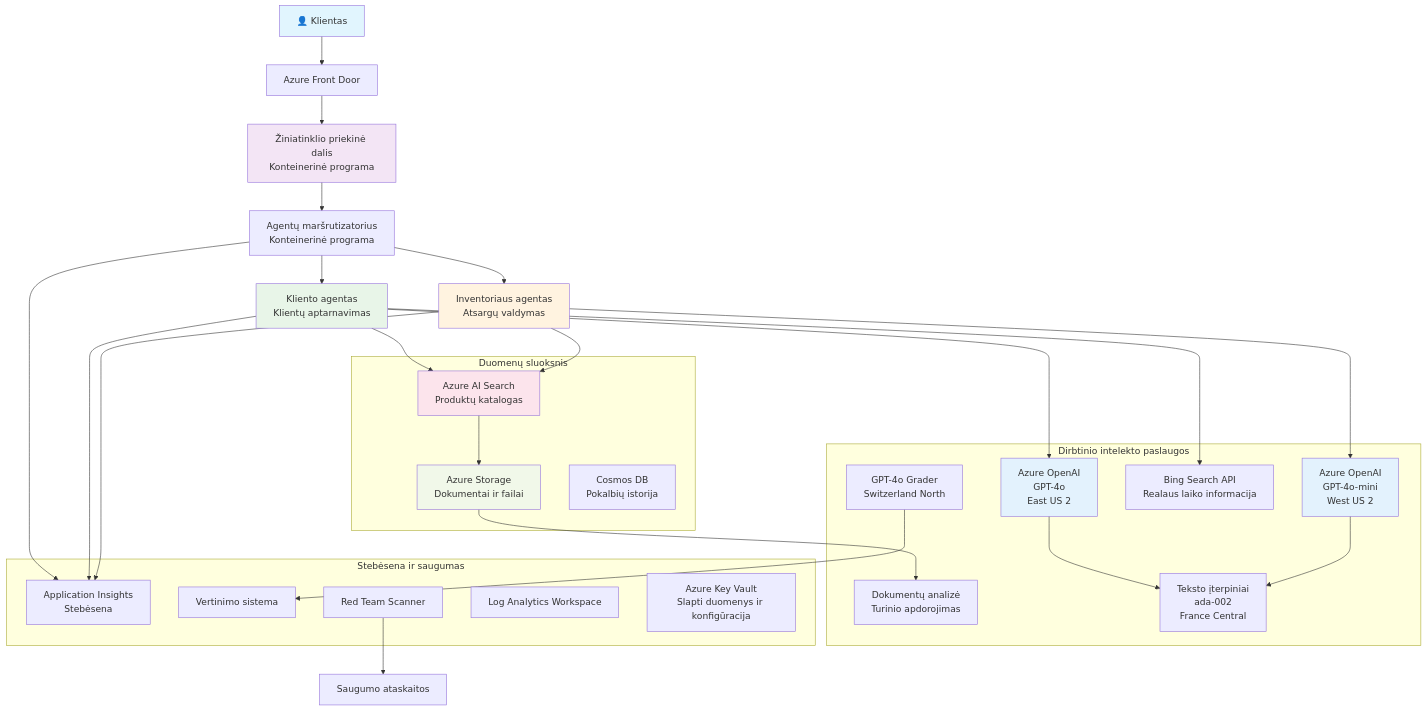
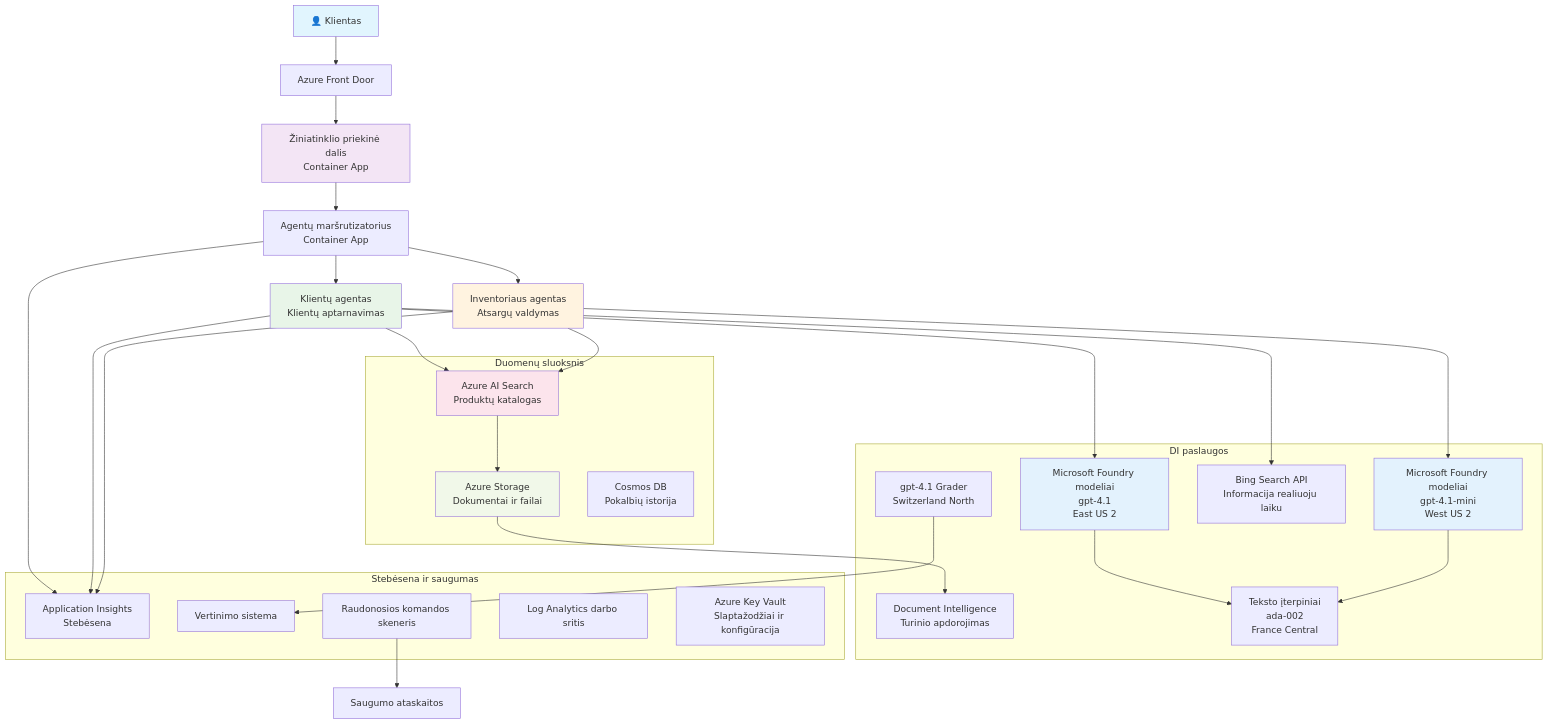
Before and after one commit to microsoft/AZD-for-beginners: the diagram in translations/lt/examples/retail-scenario.md, drawn with Mermaid. The commit also changed other lines of this file and 101 other files, not shown here.

````diff
--- a/translations/lt/examples/retail-scenario.md
+++ b/translations/lt/examples/retail-scenario.md
@@ -139,61 +139,61 @@
 ```mermaid
 graph TB
     User[👤 Klientas] --> LB[Azure Front Door]
-    LB --> WebApp[Žiniatinklio priekinė dalis<br/>Konteinerinė programa]
+    LB --> WebApp[Žiniatinklio priekinė dalis<br/>Container App]
     
-    WebApp --> Router[Agentų maršrutizatorius<br/>Konteinerinė programa]
-    Router --> CustomerAgent[Kliento agentas<br/>Klientų aptarnavimas]
+    WebApp --> Router[Agentų maršrutizatorius<br/>Container App]
+    Router --> CustomerAgent[Klientų agentas<br/>Klientų aptarnavimas]
     Router --> InvAgent[Inventoriaus agentas<br/>Atsargų valdymas]
     
-    CustomerAgent --> OpenAI1[Azure OpenAI<br/>GPT-4o<br/>East US 2]
-    InvAgent --> OpenAI2[Azure OpenAI<br/>GPT-4o-mini<br/>West US 2]
+    CustomerAgent --> OpenAI1[Microsoft Foundry modeliаi<br/>gpt-4.1<br/>East US 2]
+    InvAgent --> OpenAI2[Microsoft Foundry modeliаi<br/>gpt-4.1-mini<br/>West US 2]
     
     CustomerAgent --> AISearch[Azure AI Search<br/>Produktų katalogas]
-    CustomerAgent --> BingSearch[Bing Search API<br/>Realaus laiko informacija]
+    CustomerAgent --> BingSearch[Bing Search API<br/>Informacija realiuoju laiku]
     InvAgent --> AISearch
     
     AISearch --> Storage[Azure Storage<br/>Dokumentai ir failai]
-    Storage --> DocIntel[Dokumentų analizė<br/>Turinio apdorojimas]
+    Storage --> DocIntel[Document Intelligence<br/>Turinio apdorojimas]
     
     OpenAI1 --> Embeddings[Teksto įterpiniai<br/>ada-002<br/>France Central]
     OpenAI2 --> Embeddings
     
     Router --> AppInsights[Application Insights<br/>Stebėsena]
     CustomerAgent --> AppInsights
     InvAgent --> AppInsights
     
-    GraderModel[GPT-4o Grader<br/>Switzerland North] --> Evaluation[Vertinimo sistema]
-    RedTeam[Red Team Scanner] --> SecurityReports[Saugumo ataskaitos]
+    GraderModel[gpt-4.1 Grader<br/>Switzerland North] --> Evaluation[Vertinimo sistema]
+    RedTeam[Raudonosios komandos skeneris] --> SecurityReports[Saugumo ataskaitos]
     
     subgraph "Duomenų sluoksnis"
         Storage
         AISearch
         CosmosDB[Cosmos DB<br/>Pokalbių istorija]
     end
     
-    subgraph "Dirbtinio intelekto paslaugos"
+    subgraph "DI paslaugos"
         OpenAI1
         OpenAI2
         Embeddings
         GraderModel
         DocIntel
         BingSearch
     end
     
     subgraph "Stebėsena ir saugumas"
         AppInsights
-        LogAnalytics[Log Analytics Workspace]
-        KeyVault[Azure Key Vault<br/>Slapti duomenys ir konfigūracija]
+        LogAnalytics[Log Analytics darbo sritis]
+        KeyVault[Azure Key Vault<br/>Slaptažodžiai ir konfigūracija]
         RedTeam
         Evaluation
     end
     
     style User fill:#e1f5fe
     style WebApp fill:#f3e5f5
     style CustomerAgent fill:#e8f5e8
     style InvAgent fill:#fff3e0
     style OpenAI1 fill:#e3f2fd
     style OpenAI2 fill:#e3f2fd
     style AISearch fill:#fce4ec
     style Storage fill:#f1f8e9
 ```
````
